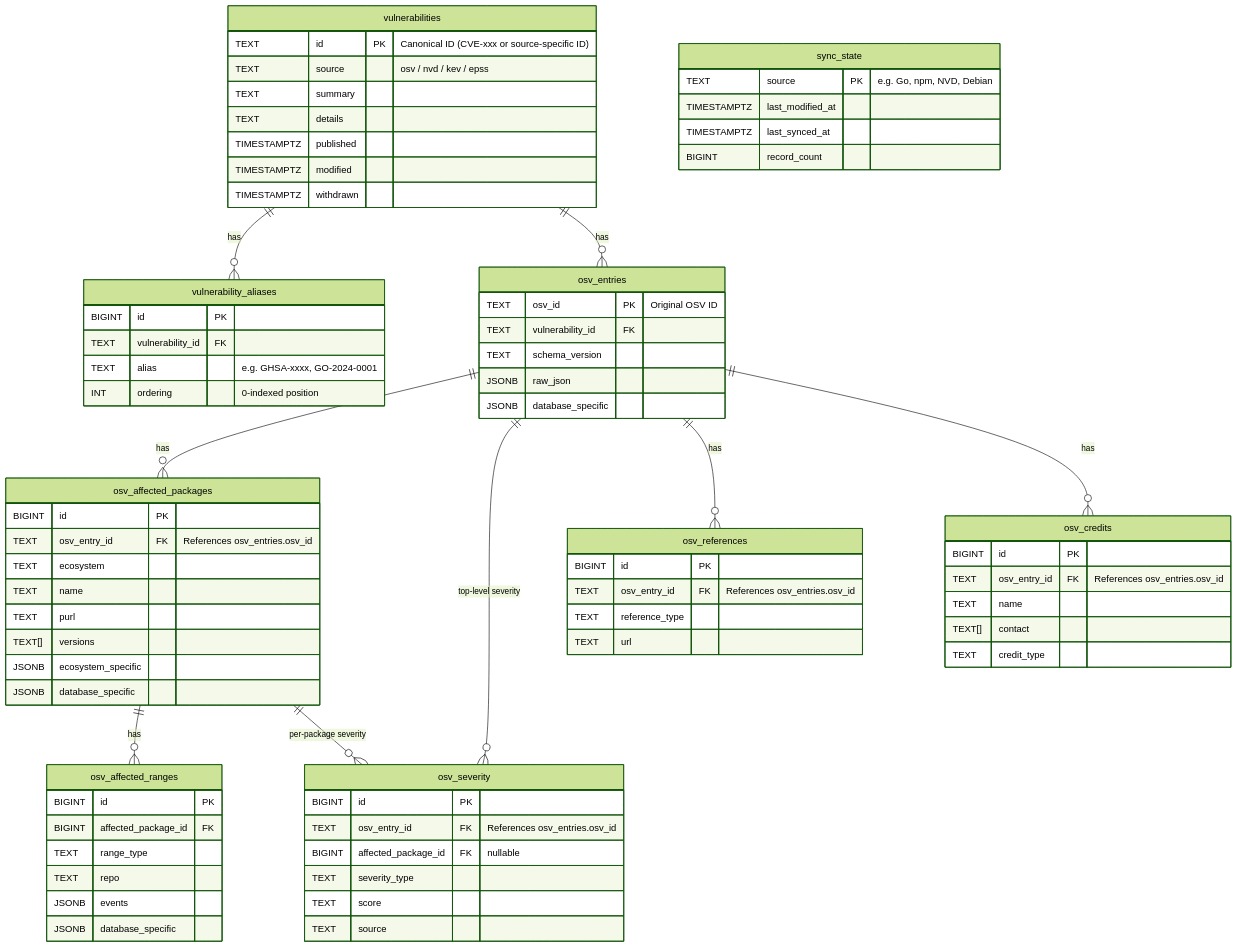
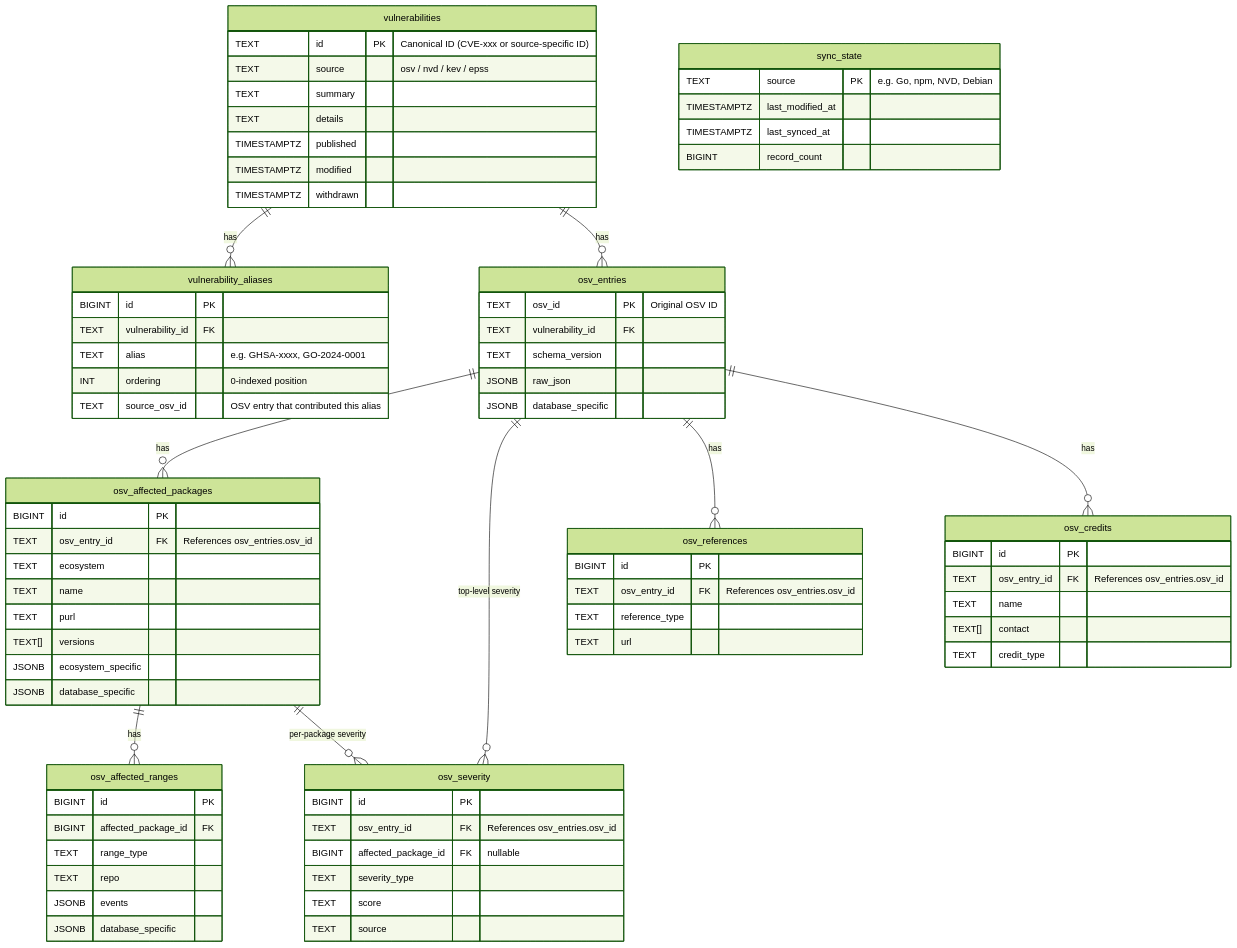
The diagram in .kiro/steering/erd.md (kato83/mayu), drawn with Mermaid (forest theme) before and after one commit. The commit also changed other lines of this file, not shown here.

Commit message:
docs: update ERD with source_osv_id and CVE canonicalization notes

```diff
--- a/.kiro/steering/erd.md
+++ b/.kiro/steering/erd.md
@@ -15,6 +15,7 @@
         TEXT vulnerability_id FK
         TEXT alias "e.g. GHSA-xxxx, GO-2024-0001"
         INT ordering "0-indexed position"
+        TEXT source_osv_id "OSV entry that contributed this alias"
     }
 
     osv_entries {
```
